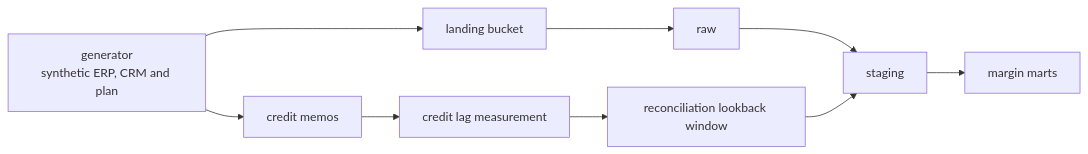
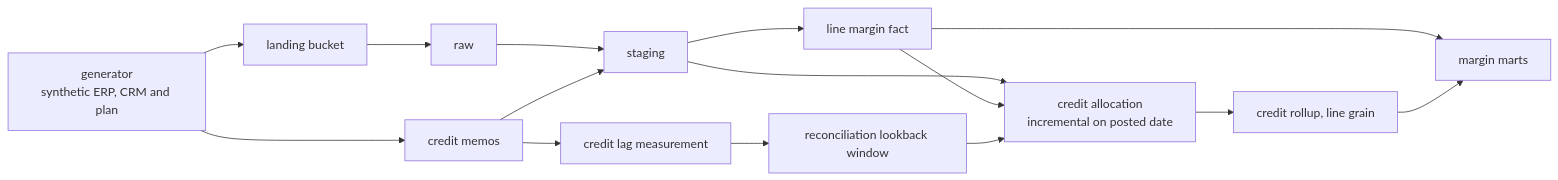
The diagram in README.md (EnigmaEngineer/gross-margin-bigquery), drawn with Mermaid before and after one commit. The commit also changed other lines of this file and 5 other files, not shown here.

````diff
--- a/README.md
+++ b/README.md
@@ -24,11 +29,17 @@
 ```mermaid
 flowchart LR
   G["generator<br/>synthetic ERP, CRM and plan"] --> B["landing bucket"]
   B --> R["raw"]
   R --> S["staging"]
-  S --> M["margin marts"]
+  S --> F["line margin fact"]
   G --> C["credit memos"]
+  C --> S
+  S --> A["credit allocation<br/>incremental on posted date"]
+  F --> A
+  A --> K["credit rollup, line grain"]
+  F --> M["margin marts"]
+  K --> M
   C --> L["credit lag measurement"]
   L --> W["reconciliation lookback window"]
-  W --> S
+  W --> A
 ```
````
